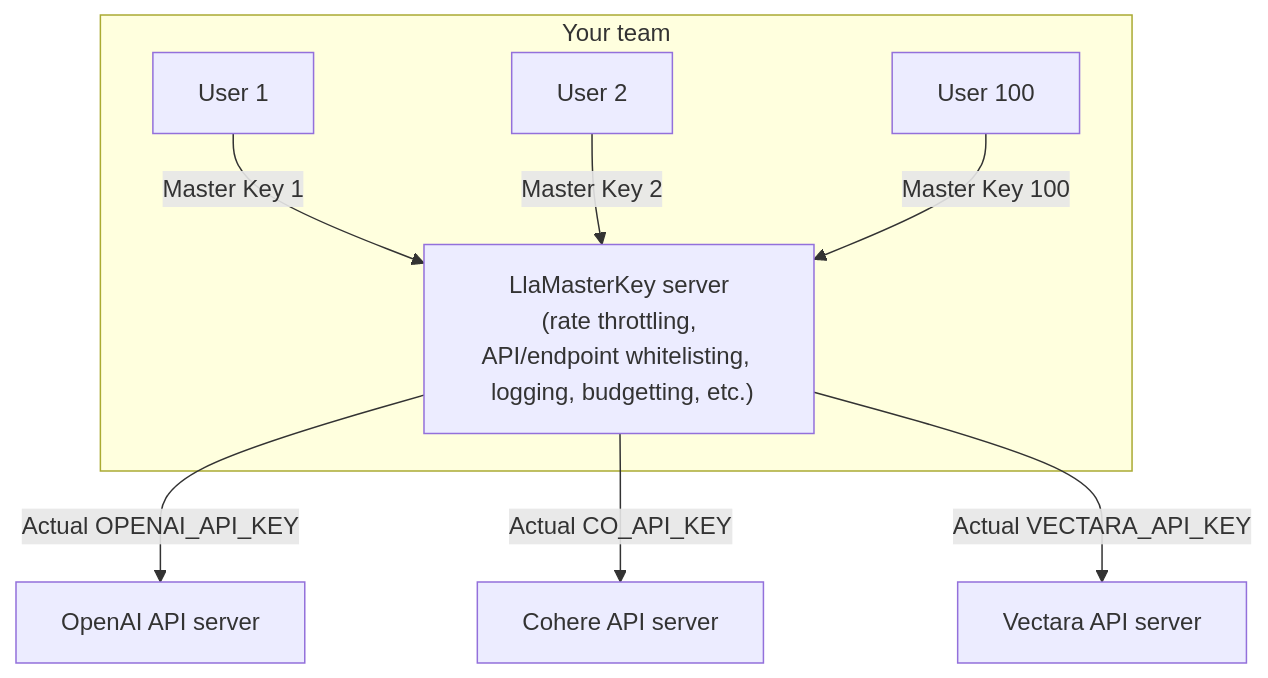
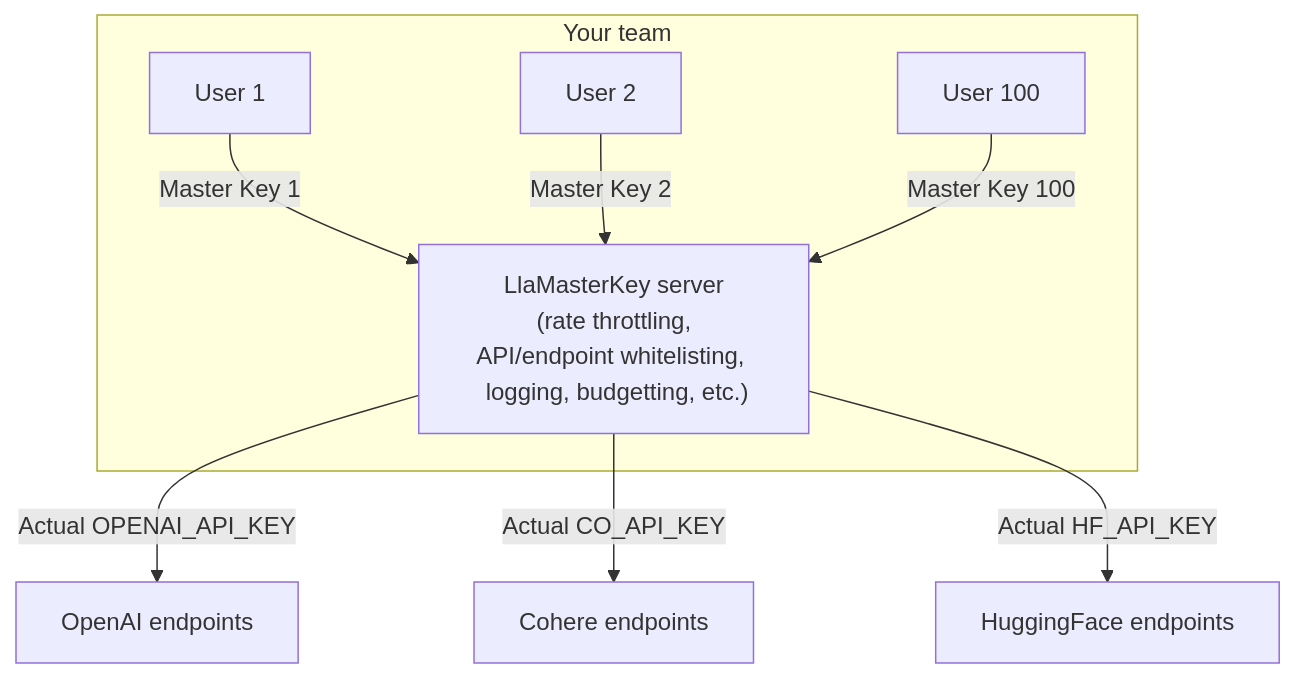
One commit to TexteaInc/LlaMasterKey changed the diagram in README.md. Above: the diagram before and after it, drawn with Mermaid. The commit also changed other lines of this file, not shown here.

````diff
--- a/README.md
+++ b/README.md
@@ -5,11 +7,11 @@
 ```mermaid
 graph TD
    subgraph Your team
      A[User 1] -- Master Key 1 --> L["LlaMasterKey server<br> (rate throttling, API/endpoint whitelisting, <br> logging, budgetting, etc.)"]
      B[User 2] -- Master Key 2 --> L
      C[User 100] -- Master Key 100 --> L
    end
-    L -- Actual OPENAI_API_KEY--> O[OpenAI API server]
-    L -- Actual CO_API_KEY--> P[Cohere API server]
-    L -- Actual VECTARA_API_KEY--> Q[Vectara API server]
+    L -- Actual OPENAI_API_KEY--> O[OpenAI endpoints]
+    L -- Actual CO_API_KEY--> P[Cohere  endpoints]
+    L -- Actual HF_API_KEY--> Q[HuggingFace endpoints]
 ```
````
